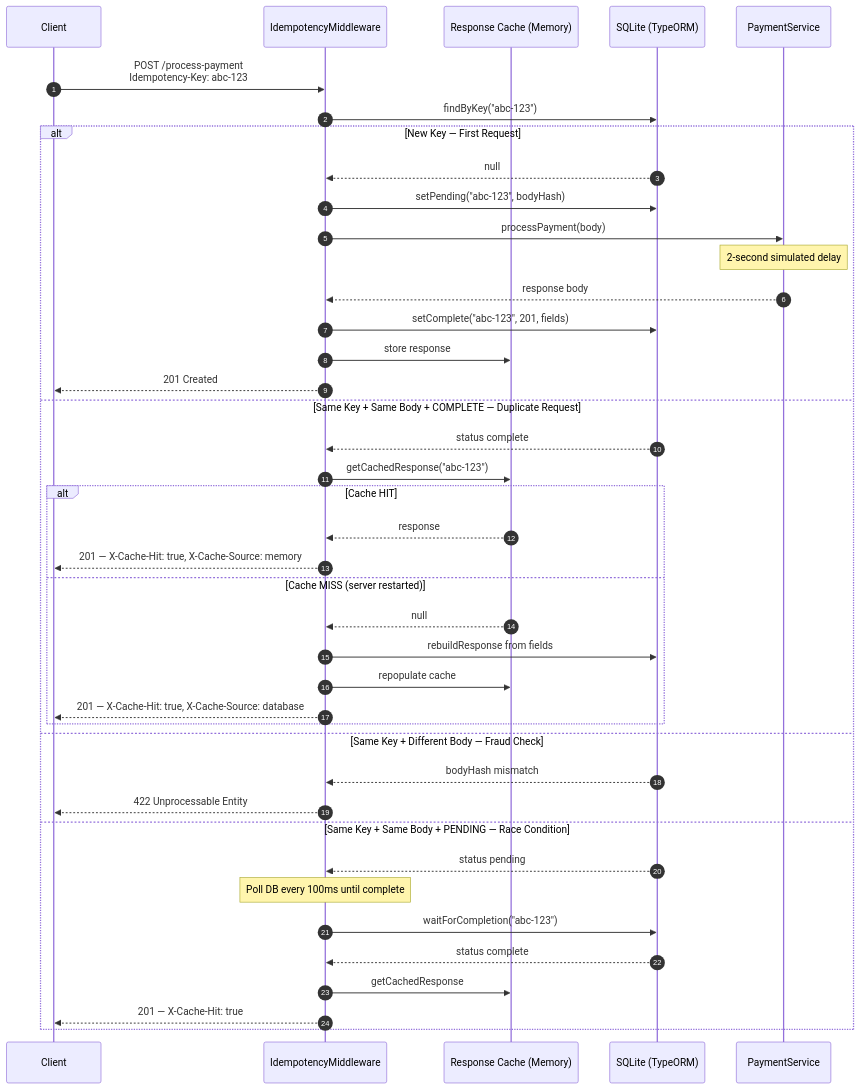
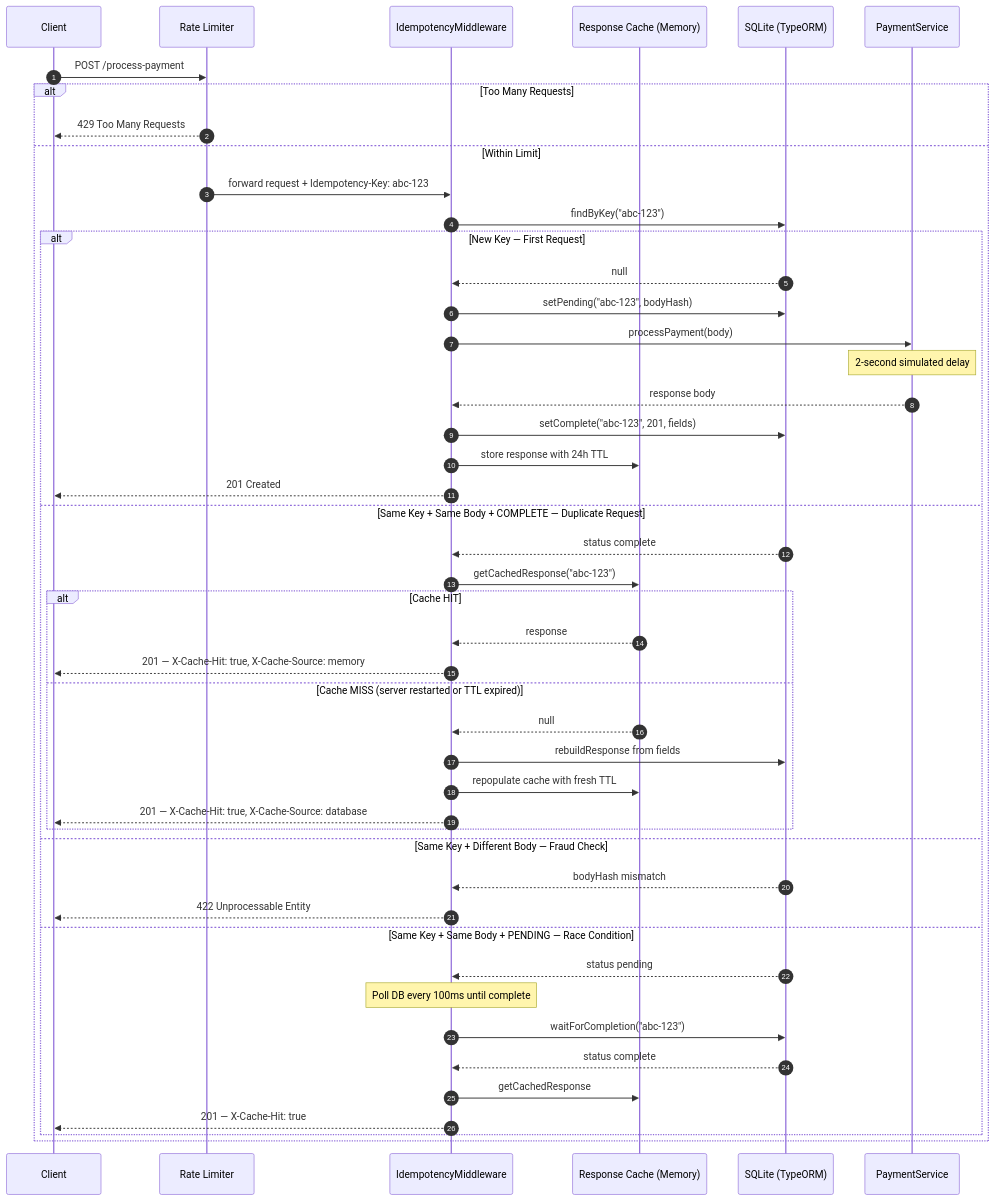
One commit to PBentil/Idempotency-Gateway changed the diagram in README.md. Above: the diagram before and after it, drawn with Mermaid. The commit also changed other lines of this file and 5 other files, not shown here.

````diff
--- a/README.md
+++ b/README.md
@@ -20,49 +20,54 @@
 ```mermaid
 sequenceDiagram
     autonumber
     participant Client
+    participant RateLimit as Rate Limiter
     participant Middleware as IdempotencyMiddleware
     participant Cache as Response Cache (Memory)
     participant DB as SQLite (TypeORM)
     participant Service as PaymentService
 
-    Client->>Middleware: POST /process-payment<br/>Idempotency-Key: abc-123
+    Client->>RateLimit: POST /process-payment
+    alt Too Many Requests
+        RateLimit-->>Client: 429 Too Many Requests
+    else Within Limit
+        RateLimit->>Middleware: forward request + Idempotency-Key: abc-123
+        Middleware->>DB: findByKey("abc-123")
 
-    Middleware->>DB: findByKey("abc-123")
+        alt New Key — First Request
+            DB-->>Middleware: null
+            Middleware->>DB: setPending("abc-123", bodyHash)
+            Middleware->>Service: processPayment(body)
+            Note over Service: 2-second simulated delay
+            Service-->>Middleware: response body
+            Middleware->>DB: setComplete("abc-123", 201, fields)
+            Middleware->>Cache: store response with 24h TTL
+            Middleware-->>Client: 201 Created
 
-    alt New Key — First Request
-        DB-->>Middleware: null
-        Middleware->>DB: setPending("abc-123", bodyHash)
-        Middleware->>Service: processPayment(body)
-        Note over Service: 2-second simulated delay
-        Service-->>Middleware: response body
-        Middleware->>DB: setComplete("abc-123", 201, fields)
-        Middleware->>Cache: store response
-        Middleware-->>Client: 201 Created
+        else Same Key + Same Body + COMPLETE — Duplicate Request
+            DB-->>Middleware: status complete
+            Middleware->>Cache: getCachedResponse("abc-123")
+            alt Cache HIT
+                Cache-->>Middleware: response
+                Middleware-->>Client: 201 — X-Cache-Hit: true, X-Cache-Source: memory
+            else Cache MISS (server restarted or TTL expired)
+                Cache-->>Middleware: null
+                Middleware->>DB: rebuildResponse from fields
+                Middleware->>Cache: repopulate cache with fresh TTL
+                Middleware-->>Client: 201 — X-Cache-Hit: true, X-Cache-Source: database
+            end
 
-    else Same Key + Same Body + COMPLETE — Duplicate Request
-        DB-->>Middleware: status complete
-        Middleware->>Cache: getCachedResponse("abc-123")
-        alt Cache HIT
-            Cache-->>Middleware: response
-            Middleware-->>Client: 201 — X-Cache-Hit: true, X-Cache-Source: memory
-        else Cache MISS (server restarted)
-            Cache-->>Middleware: null
-            Middleware->>DB: rebuildResponse from fields
-            Middleware->>Cache: repopulate cache
-            Middleware-->>Client: 201 — X-Cache-Hit: true, X-Cache-Source: database
+        else Same Key + Different Body — Fraud Check
+            DB-->>Middleware: bodyHash mismatch
+            Middleware-->>Client: 422 Unprocessable Entity
+
+        else Same Key + Same Body + PENDING — Race Condition
+            DB-->>Middleware: status pending
+            Note over Middleware: Poll DB every 100ms until complete
+            Middleware->>DB: waitForCompletion("abc-123")
+            DB-->>Middleware: status complete
+            Middleware->>Cache: getCachedResponse
+            Middleware-->>Client: 201 — X-Cache-Hit: true
         end
-
-    else Same Key + Different Body — Fraud Check
-        DB-->>Middleware: bodyHash mismatch
-        Middleware-->>Client: 422 Unprocessable Entity
-
-    else Same Key + Same Body + PENDING — Race Condition
-        DB-->>Middleware: status pending
-        Note over Middleware: Poll DB every 100ms until complete
-        Middleware->>DB: waitForCompletion("abc-123")
-        DB-->>Middleware: status complete
-        Middleware->>Cache: getCachedResponse
-        Middleware-->>Client: 201 — X-Cache-Hit: true
     end
 ```
````
